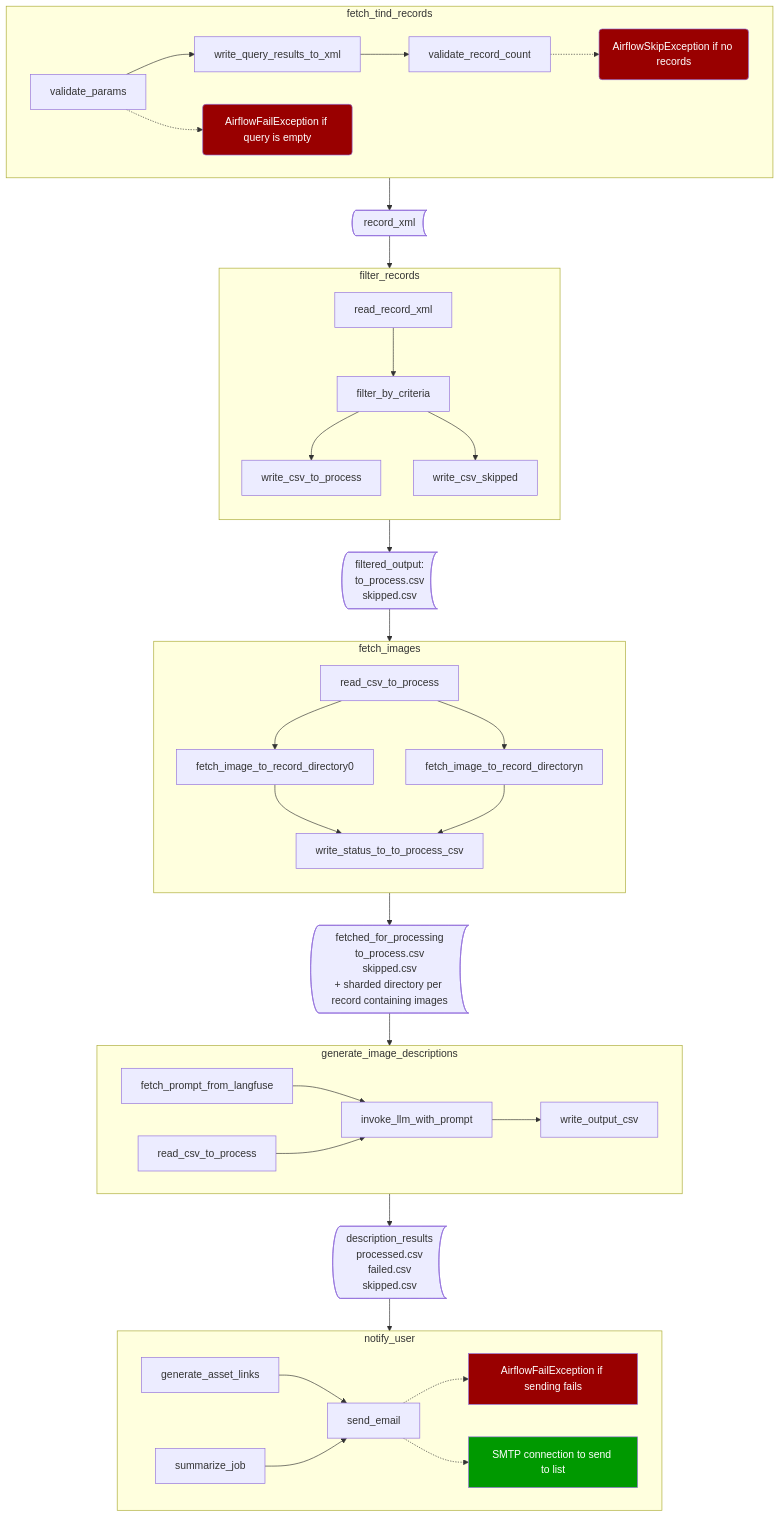
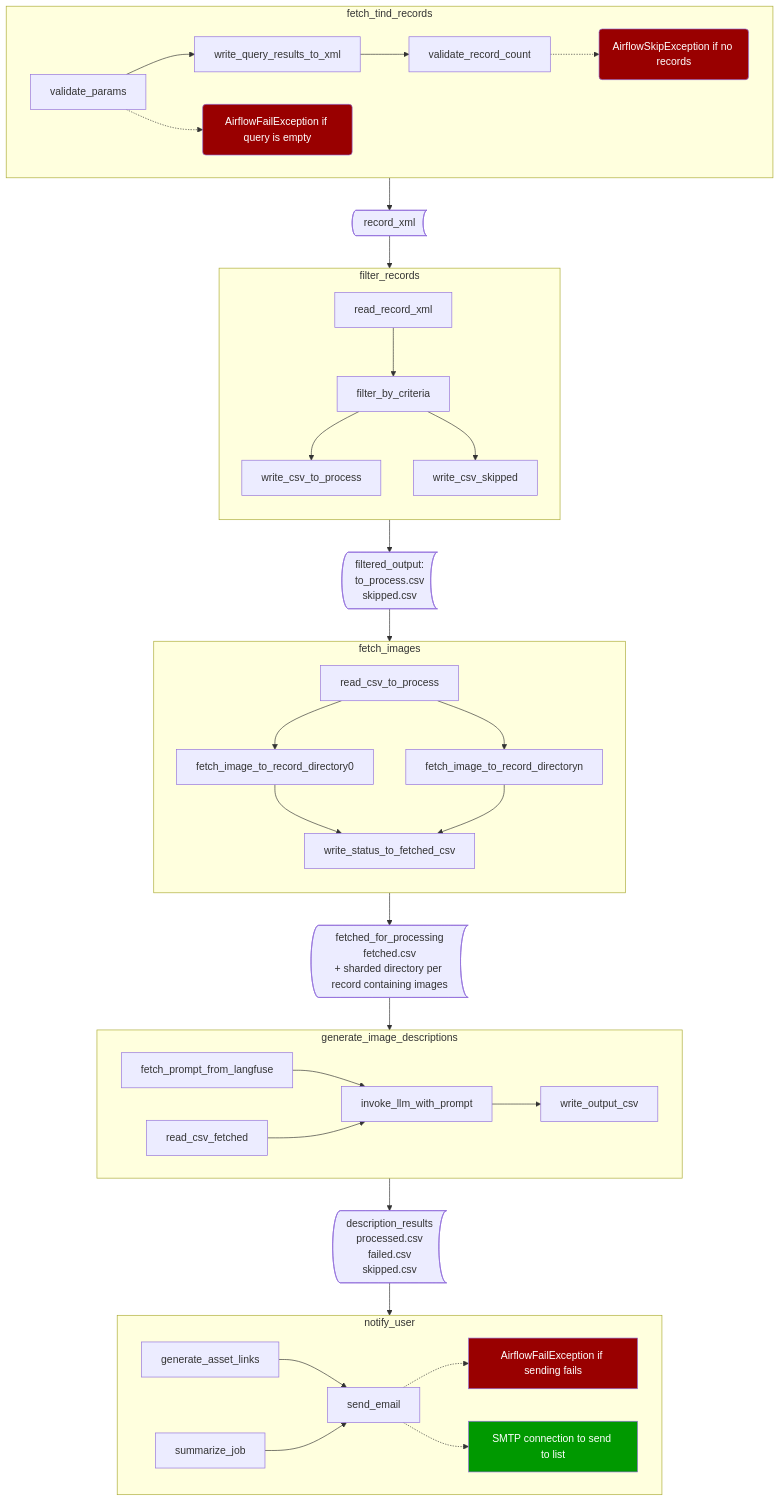
Before and after one commit to BerkeleyLibrary/mokelumne: the diagram in dags/batch_image_description.md, drawn with Mermaid. The commit also changed 3 other files, not shown here.

````diff
--- a/dags/batch_image_description.md
+++ b/dags/batch_image_description.md
@@ -3,39 +3,39 @@
 ```mermaid
 flowchart TB
 
     subgraph fetch_tind_records
         direction LR
         validate_params-->write_query_results_to_xml-->validate_record_count
         
         validate_params-.->stop0("AirflowFailException if query is empty")
         validate_record_count-.->stop1("AirflowSkipException if no records")
     end
 
 
     subgraph filter_records
         direction TB
         read_record_xml --> filter_by_criteria --> write_csv_to_process & write_csv_skipped
     end
 
 
     subgraph fetch_images
         direction TB
-        read_csv_to_process --> fetch_image_to_record_directory0 & fetch_image_to_record_directoryn --> write_status_to_to_process_csv
+        read_csv_to_process --> fetch_image_to_record_directory0 & fetch_image_to_record_directoryn --> write_status_to_fetched_csv
     end 
 
     subgraph generate_image_descriptions
-        fetch_prompt_from_langfuse & read_csv_to_process1["read_csv_to_process"] --> invoke_llm_with_prompt --> write_output_csv
+        fetch_prompt_from_langfuse & read_csv_fetched --> invoke_llm_with_prompt --> write_output_csv
     end
 
     subgraph notify_user
         generate_asset_links & summarize_job --> send_email -.-> stop2["AirflowFailException if sending fails"] & success0["SMTP connection to send to list"]
     end
 
 
-    fetch_tind_records --> record_xml@{shape: bow-rect} --> filter_records --> filtered_output@{shape: bow-rect, label: "filtered_output:\n\nto_process.csv\nskipped.csv"} -->fetch_images --> fetched_for_processing@{shape: bow-rect, label: "fetched_for_processing\n\nto_process.csv\nskipped.csv\n+ sharded directory per record containing images"}-->generate_image_descriptions -->description_results@{shape: bow-rect, label: "description_results\n\nprocessed.csv\nfailed.csv\nskipped.csv"} -->notify_user
+    fetch_tind_records --> record_xml@{shape: bow-rect} --> filter_records --> filtered_output@{shape: bow-rect, label: "filtered_output:\n\nto_process.csv\nskipped.csv"} -->fetch_images --> fetched_for_processing@{shape: bow-rect, label: "fetched_for_processing\n\nfetched.csv\n+ sharded directory per record containing images"}-->generate_image_descriptions -->description_results@{shape: bow-rect, label: "description_results\n\nprocessed.csv\nfailed.csv\nskipped.csv"} -->notify_user
 
     classDef stop fill: #900,color:#fff
     classDef success fill: #090,color:#fff
     class stop0,stop1,stop2 stop;
     class success0 success;
 ```
````
